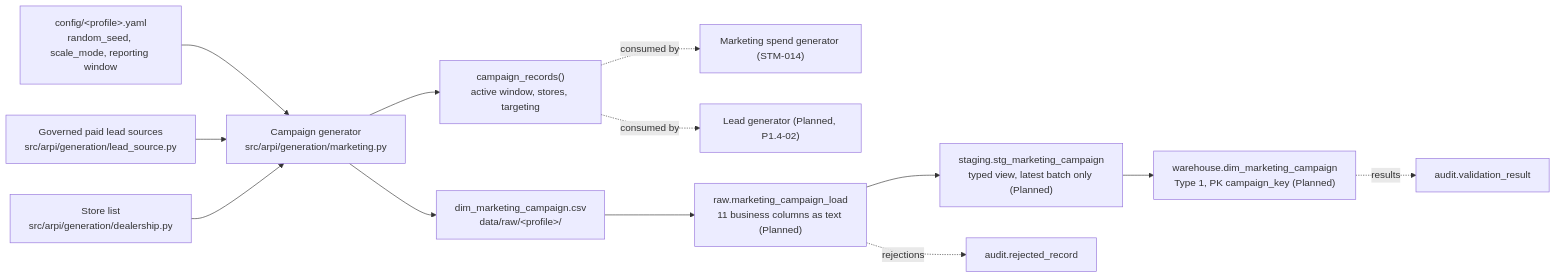
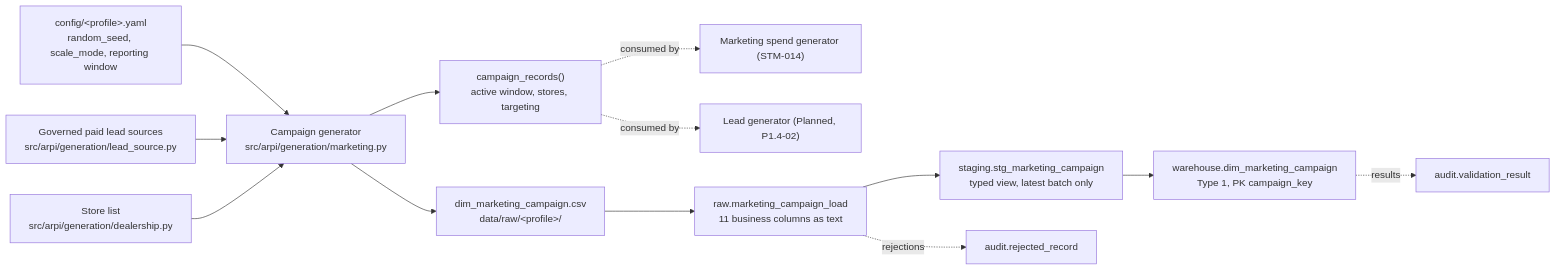
The diagram in docs/source-to-target/STM-013-dim-marketing-campaign.md (mpalmer79/Automotive-Retail-Performance-Intelligence), drawn with Mermaid before and after one commit. The commit also changed other lines of this file and 7 other files, not shown here.

````diff
--- a/docs/source-to-target/STM-013-dim-marketing-campaign.md
+++ b/docs/source-to-target/STM-013-dim-marketing-campaign.md
@@ -50,15 +50,15 @@
 ```mermaid
 flowchart LR
     CFG["config/&lt;profile&gt;.yaml<br/>random_seed, scale_mode, reporting window"] --> G["Campaign generator<br/>src/arpi/generation/marketing.py"]
     LDS["Governed paid lead sources<br/>src/arpi/generation/lead_source.py"] --> G
     STORE["Store list<br/>src/arpi/generation/dealership.py"] --> G
     G --> C["dim_marketing_campaign.csv<br/>data/raw/&lt;profile&gt;/"]
     G --> POOL["campaign_records()<br/>active window, stores, targeting"]
     POOL -.consumed by.-> SPEND["Marketing spend generator (STM-014)"]
     POOL -.consumed by.-> LEAD["Lead generator (Planned, P1.4-02)"]
-    C --> R["raw.marketing_campaign_load<br/>11 business columns as text (Planned)"]
-    R --> S["staging.stg_marketing_campaign<br/>typed view, latest batch only (Planned)"]
-    S --> W["warehouse.dim_marketing_campaign<br/>Type 1, PK campaign_key (Planned)"]
+    C --> R["raw.marketing_campaign_load<br/>11 business columns as text"]
+    R --> S["staging.stg_marketing_campaign<br/>typed view, latest batch only"]
+    S --> W["warehouse.dim_marketing_campaign<br/>Type 1, PK campaign_key"]
     R -.rejections.-> A["audit.rejected_record"]
     W -.results.-> AV["audit.validation_result"]
 ```
````
